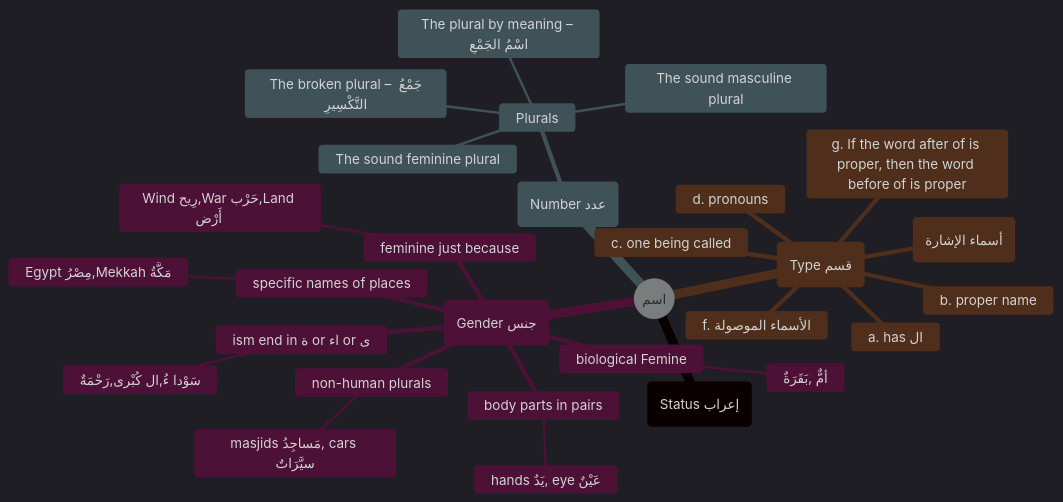
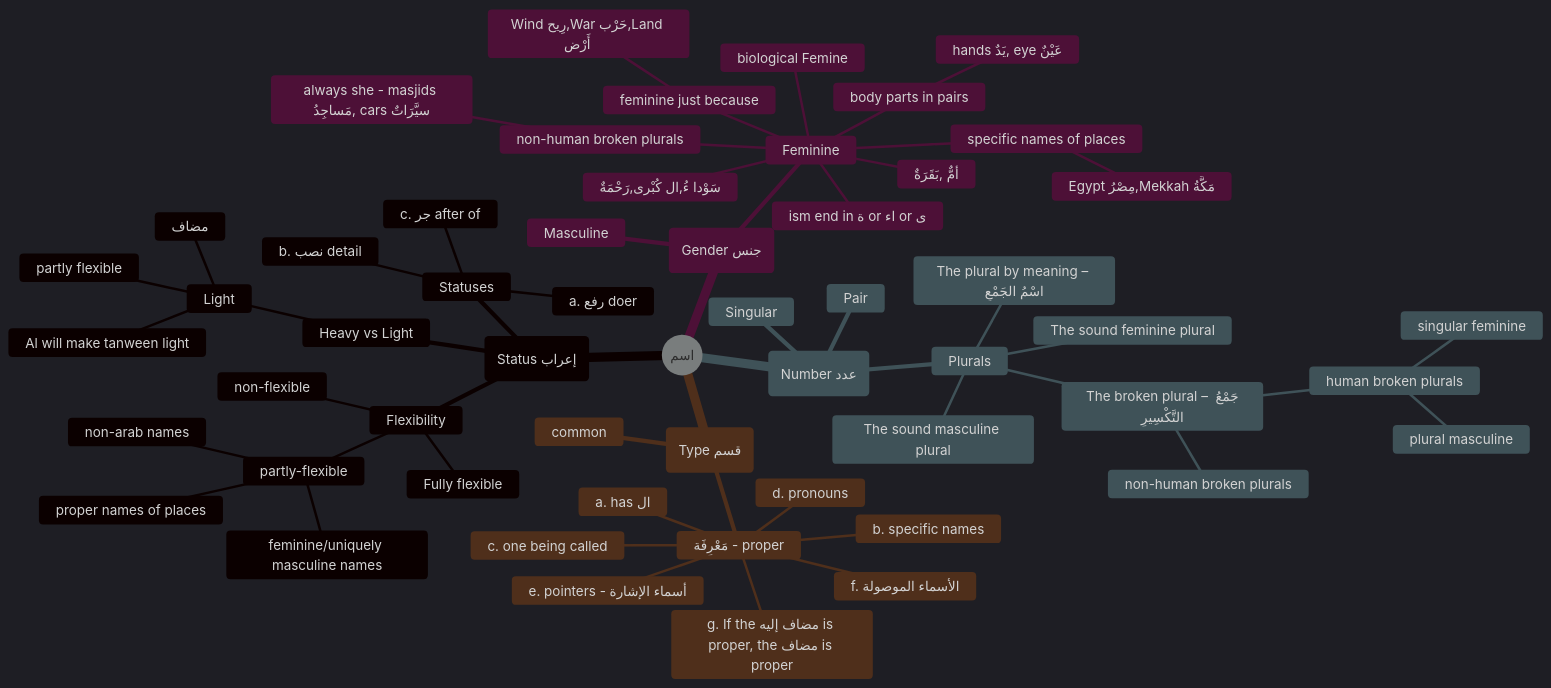
One commit to phillogic/learning-arabic changed the first of 2 diagrams in README.md. Above: the diagram before and after it, drawn with Mermaid. The commit also changed other lines of this file, not shown here.

Commit message:
fleshed out ism. added fragments section

````diff
--- a/README.md
+++ b/README.md
@@ -3,38 +3,66 @@
 ```mermaid
 ---
 config:
   layout: tidy-tree
   theme: dark
 ---
 mindmap
   root((اسم))
     id(Status إعراب)
+      Statuses
+        a. رفع doer
+        b. نصب detail
+        c. جر after of
+      Flexibility
+        Fully flexible
+        non-flexible
+        partly-flexible
+          non-arab names
+          feminine/uniquely masculine names
+          proper names of places
+      Heavy vs Light
+        Light
+          partly flexible
+          مضاف
+          Al will make tanween light
+
     id(Gender جنس)
-      biological Femine
-       أمٌّ ,بَقَرَةٌ
-      ism end in ة or اء or ى
-       سَوْدا ءُ,ال كُبْرى,رَحْمَةٌ
-      body parts in pairs
-        hands يَدٌ, eye عَيْنٌ
-      specific names of places
-         Egypt مِصْرُ,Mekkah  مَكَّةُ
-      non-human plurals
-        masjids مَساجِدُ, cars سيَّرَاتٌ
-      feminine just because
-        Wind رِيح,War حَرْب,Land أَرْض      
+      Masculine
+      Feminine
+        biological Femine
+        أمٌّ ,بَقَرَةٌ
+        ism end in ة or اء or ى
+        سَوْدا ءُ,ال كُبْرى,رَحْمَةٌ
+        body parts in pairs
+          hands يَدٌ, eye عَيْنٌ
+        specific names of places
+          Egypt مِصْرُ,Mekkah  مَكَّةُ
+        non-human broken plurals
+          always she - masjids مَساجِدُ, cars سيَّرَاتٌ
+        feminine just because
+          Wind رِيح,War حَرْب,Land أَرْض      
     (Number عدد)
+        Singular
+        Pair
         Plurals
           The sound masculine plural
           The sound feminine plural
           The broken plural – جَمْعُ التَّكْسِيرِ
+            human broken plurals
+              plural masculine
+              singular feminine
+            non-human broken plurals
           The plural by meaning – اسْمُ الجَمْعِ
     (Type قسم)
-      a. has ال
-      b. proper name
-      c. one being called
-      d. pronouns
-      e. pointing words  (أسماء الإشارة)
-      f. الأسماء الموصولة
-      g. If the word after of is proper, then the word before of is proper
+      مَعْرِفَة - proper
+        a. has ال
+        b. specific names
+        c. one being called
+        d. pronouns
+        e. pointers - أسماء الإشارة
+        f. الأسماء الموصولة
+        g. If the مضاف إليه is proper, the مضاف is proper
     
+      common
+      
 ```
````
